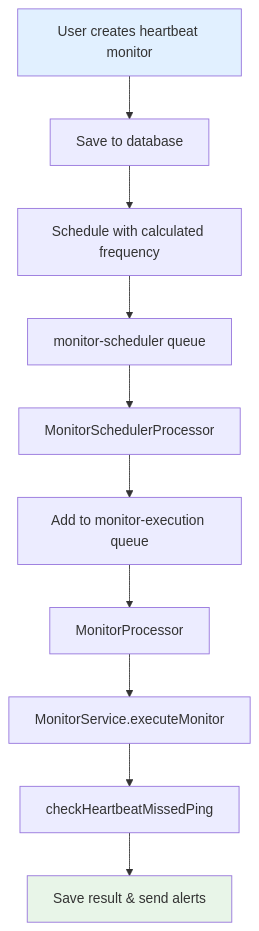
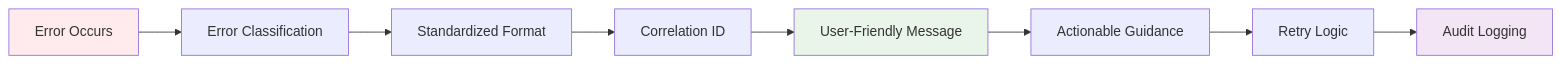
One commit to supercheck-io/supercheck-core changed the eighth of 12 diagrams in specs/MONITORING_SYSTEM.md. Above: the diagram before and after it, drawn with Mermaid. The commit also changed other lines of this file and 32 other files, not shown here.

````diff
--- a/specs/MONITORING_SYSTEM.md
+++ b/specs/MONITORING_SYSTEM.md
@@ -355,15 +425,14 @@
 ```mermaid
-graph TD
-    A[User creates heartbeat monitor] --> B[Save to database]
-    B --> C[Schedule with calculated frequency]
-    C --> D[monitor-scheduler queue]
-    D --> E[MonitorSchedulerProcessor]
-    E --> F[Add to monitor-execution queue]
-    F --> G[MonitorProcessor]
-    G --> H[MonitorService.executeMonitor]
-    H --> I[checkHeartbeatMissedPing]
-    I --> J[Save result & send alerts]
+graph LR
+    A[Error Occurs] --> B[Error Classification]
+    B --> C[Standardized Format]
+    C --> D[Correlation ID]
+    D --> E[User-Friendly Message]
+    E --> F[Actionable Guidance]
+    F --> G[Retry Logic]
+    G --> H[Audit Logging]
     
-    style A fill:#e1f0ff
-    style J fill:#e8f5e8
+    style A fill:#ffebee
+    style E fill:#e8f5e8
+    style H fill:#f3e5f5
 ```
````
